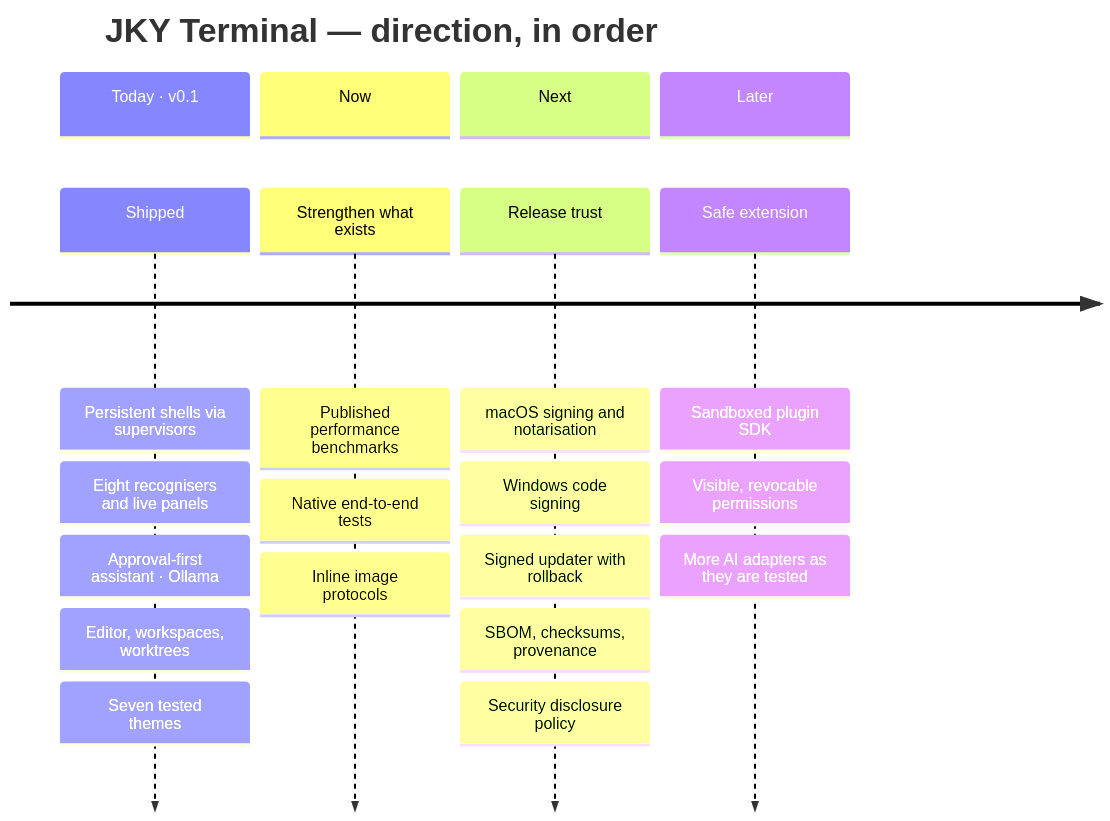
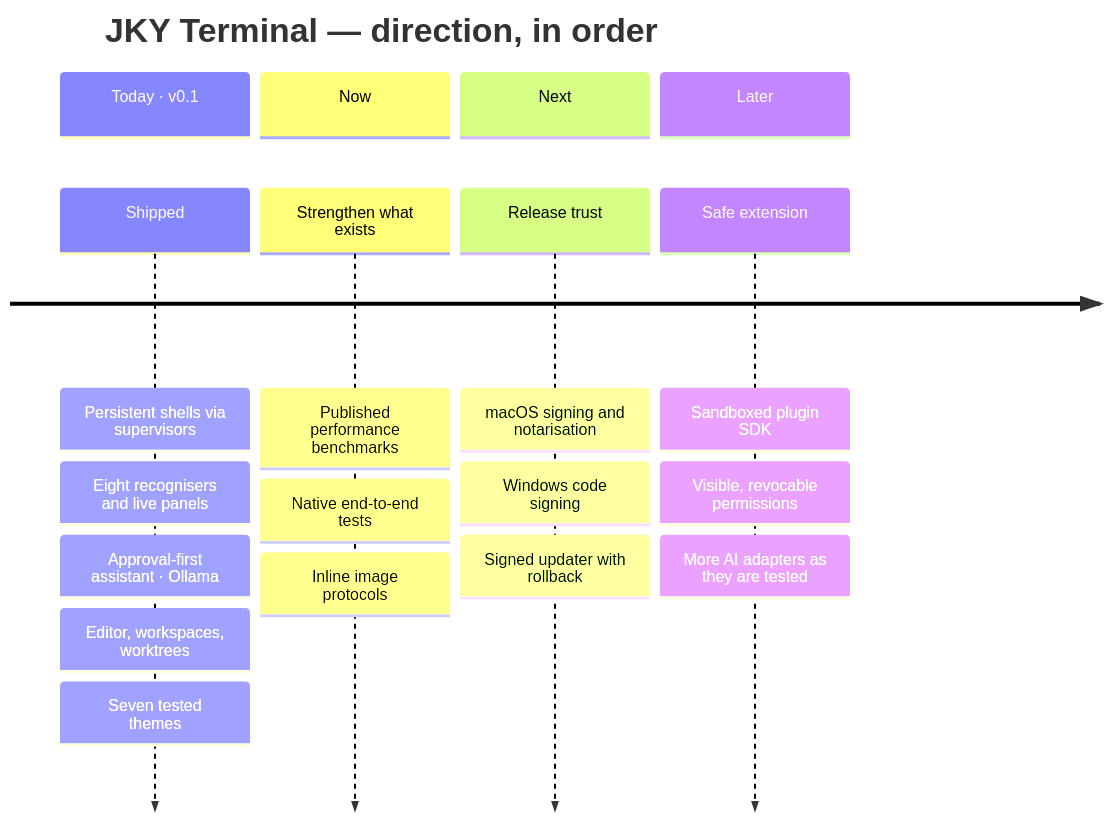
Before and after one commit to kartikeyajay2006/jky-terminal: the diagram in docs/product-roadmap.md, drawn with Mermaid. The commit also changed other lines of this file and 6 other files, not shown here.

First line of the commit message:
ci(release): checksums, an SBOM and provenance for every release

````diff
--- a/docs/product-roadmap.md
+++ b/docs/product-roadmap.md
@@ -21,24 +21,22 @@
 ```mermaid
 timeline
     title JKY Terminal — direction, in order
     section Today · v0.1
         Shipped : Persistent shells via supervisors
                 : Eight recognisers and live panels
                 : Approval-first assistant · Ollama
                 : Editor, workspaces, worktrees
                 : Seven tested themes
     section Now
         Strengthen what exists : Published performance benchmarks
                                : Native end-to-end tests
                                : Inline image protocols
     section Next
         Release trust : macOS signing and notarisation
                       : Windows code signing
                       : Signed updater with rollback
-                      : SBOM, checksums, provenance
-                      : Security disclosure policy
     section Later
         Safe extension : Sandboxed plugin SDK
                        : Visible, revocable permissions
                        : More AI adapters as they are tested
 ```
````
